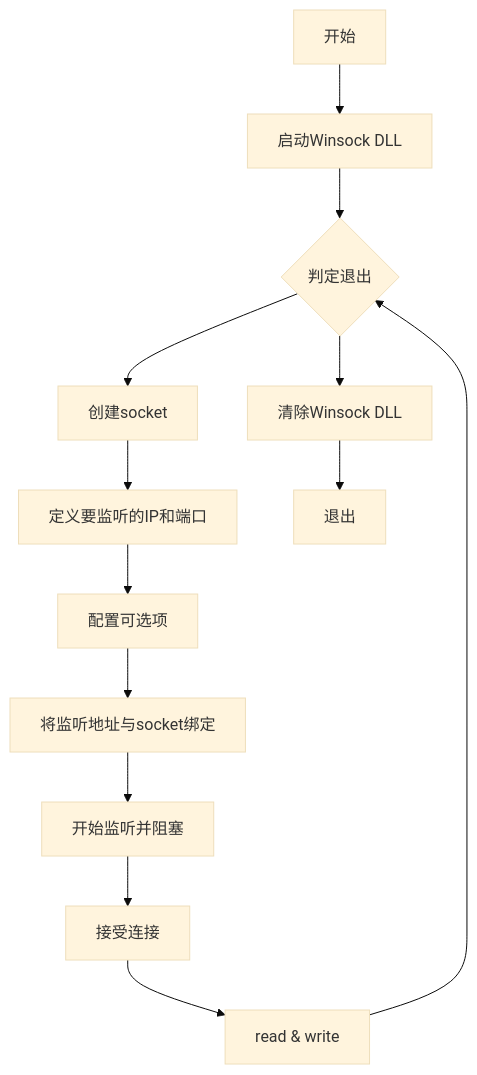
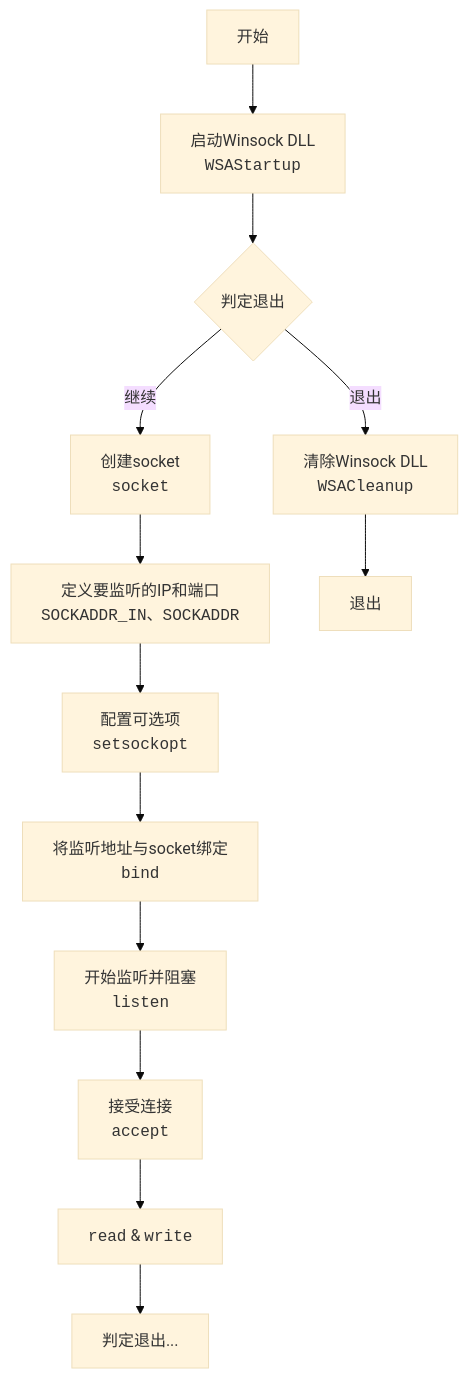
Before and after one commit to h13-0/Notebooks: the diagram in 操作系统/用户态开发/socket/Windows用户态socket.md, drawn with Mermaid (base theme). The commit also changed other lines of this file and 2 other files, not shown here.

Commit message:
vault backup: 2024-11-17 22:11:34

````diff
--- a/操作系统/用户态开发/socket/Windows用户态socket.md
+++ b/操作系统/用户态开发/socket/Windows用户态socket.md
@@ -19,15 +19,15 @@
 ```mermaid
 flowchart TB
-	A[开始] --> B[启动Winsock DLL]
+	A[开始] --> B[启动Winsock DLL<br><code>WSAStartup</code>]
 	B --> C{判定退出}
-	C --> D[创建socket]
-	D --> E[定义要监听的IP和端口]
-	E --> F[配置可选项]
-	F --> G[将监听地址与socket绑定]
-	G --> H[开始监听并阻塞]
-	H --> I[接受连接]
-	I --> J[read & write]
-	J --> C
-	C --> K[清除Winsock DLL]
+	C --> |继续|D[创建socket<br><code>socket</code>]
+	D --> E[定义要监听的IP和端口<br><code>SOCKADDR_IN、SOCKADDR</code>]
+	E --> F[配置可选项<br><code>setsockopt</code>]
+	F --> G[将监听地址与socket绑定<br><code>bind</code>]
+	G --> H[开始监听并阻塞<br><code>listen</code>]
+	H --> I[接受连接<br><code>accept</code>]
+	I --> J[<code>read</code> & <code>write</code>]
+	C --> |退出|K[清除Winsock DLL<br><code>WSACleanup</code>]
 	K --> L[退出]
+	J --> M[判定退出...]
 ```
````
